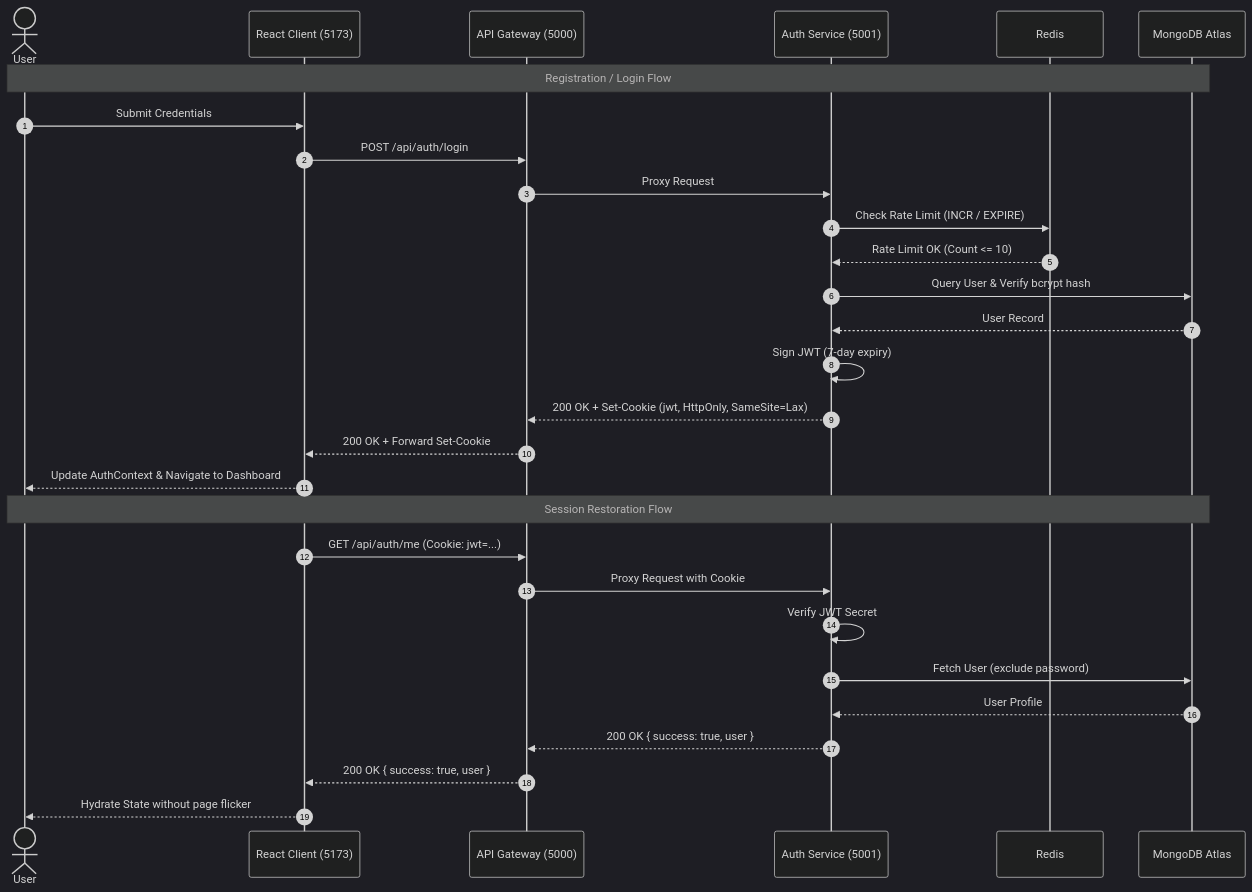
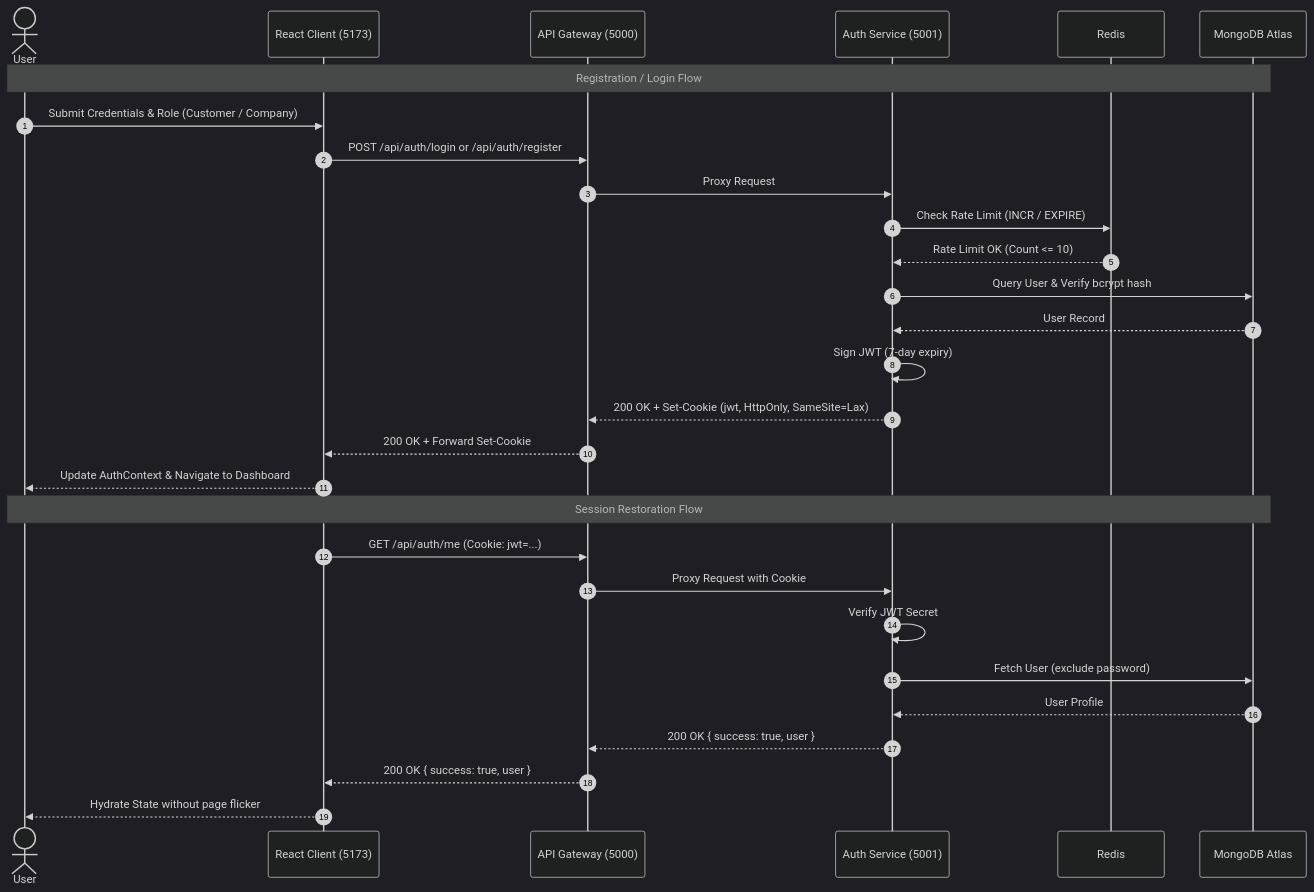
Before and after one commit to Next-Gen-Coder-2007/E-Commerce: the second of 3 diagrams in README.md, drawn with Mermaid (dark theme). The commit also changed other lines of this file, not shown here.

Commit message:
docs: update documentation for 3-tier roles, dedicated business routes, and modular gateway

````diff
--- a/README.md
+++ b/README.md
@@ -150,33 +166,33 @@
 ```mermaid
 sequenceDiagram
     autonumber
     actor User
     participant Client as React Client (5173)
     participant Gateway as API Gateway (5000)
     participant Auth as Auth Service (5001)
     participant Redis as Redis
     participant DB as MongoDB Atlas
 
     Note over User,DB: Registration / Login Flow
-    User->>Client: Submit Credentials
-    Client->>Gateway: POST /api/auth/login
+    User->>Client: Submit Credentials & Role (Customer / Company)
+    Client->>Gateway: POST /api/auth/login or /api/auth/register
     Gateway->>Auth: Proxy Request
     Auth->>Redis: Check Rate Limit (INCR / EXPIRE)
     Redis-->>Auth: Rate Limit OK (Count <= 10)
     Auth->>DB: Query User & Verify bcrypt hash
     DB-->>Auth: User Record
     Auth->>Auth: Sign JWT (7-day expiry)
     Auth-->>Gateway: 200 OK + Set-Cookie (jwt, HttpOnly, SameSite=Lax)
     Gateway-->>Client: 200 OK + Forward Set-Cookie
     Client-->>User: Update AuthContext & Navigate to Dashboard
 
     Note over User,DB: Session Restoration Flow
     Client->>Gateway: GET /api/auth/me (Cookie: jwt=...)
     Gateway->>Auth: Proxy Request with Cookie
     Auth->>Auth: Verify JWT Secret
     Auth->>DB: Fetch User (exclude password)
     DB-->>Auth: User Profile
     Auth-->>Gateway: 200 OK { success: true, user }
     Gateway-->>Client: 200 OK { success: true, user }
     Client-->>User: Hydrate State without page flicker
 ```
````
